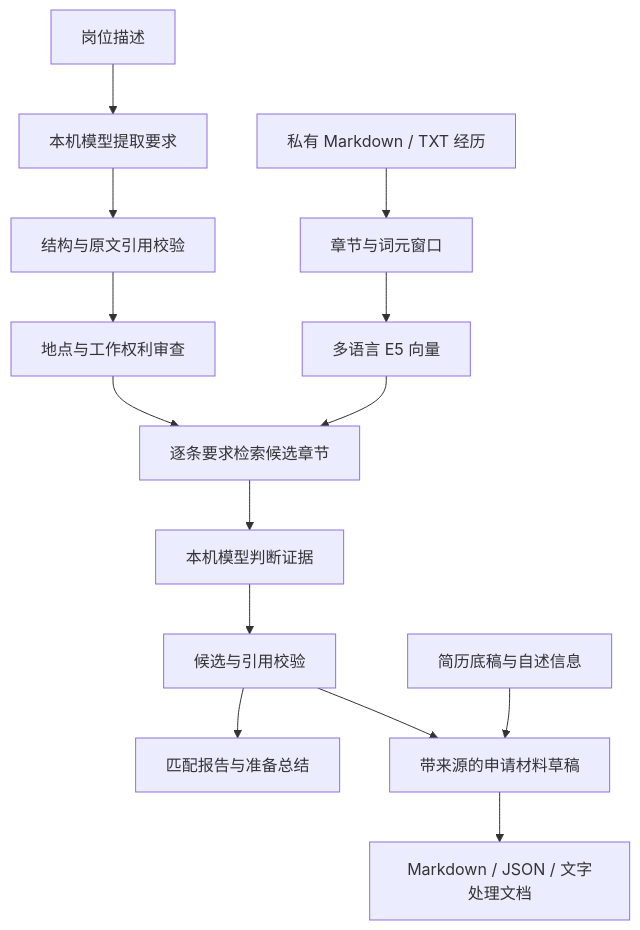
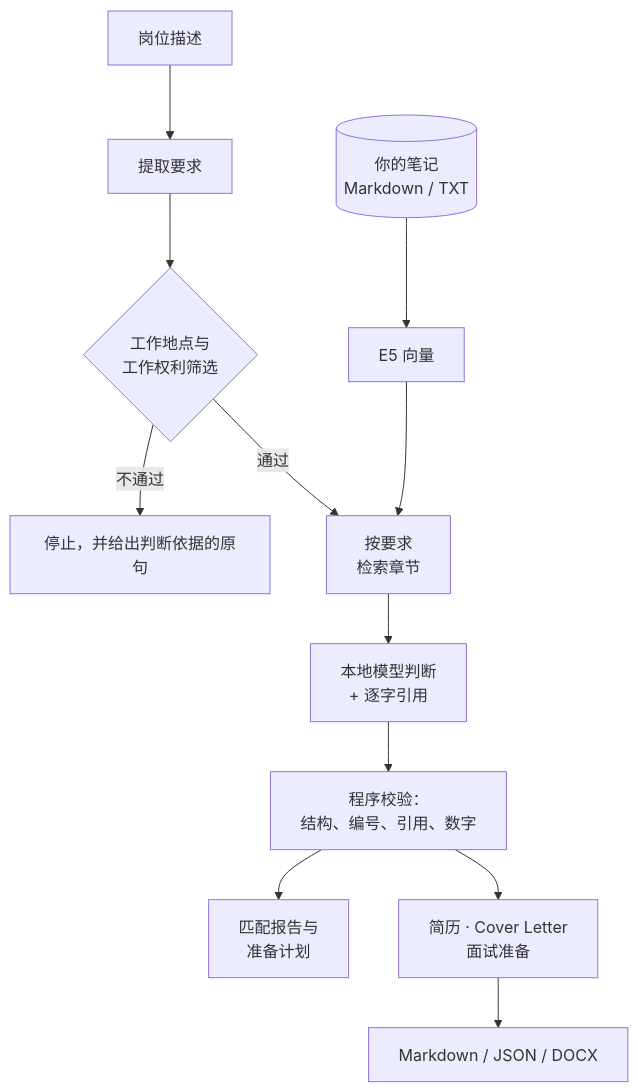
The diagram in README.zh-CN.md (Maxwell2048/job-application-assistant), drawn with Mermaid before and after one commit. The commit also changed other lines of this file and 3 other files, not shown here.

````diff
--- a/README.zh-CN.md
+++ b/README.zh-CN.md
@@ -95,16 +164,13 @@
 ```mermaid
-flowchart TD
-    A[私有 Markdown / TXT 经历] --> B[章节与词元窗口]
-    B --> C[多语言 E5 向量]
-    D[岗位描述] --> E[本机模型提取要求]
-    E --> F[结构与原文引用校验]
-    F --> FG[地点与工作权利审查]
-    FG --> G[逐条要求检索候选章节]
-    C --> G
-    G --> H[本机模型判断证据]
-    H --> I[候选与引用校验]
-    I --> J[匹配报告与准备总结]
-    I --> K[带来源的申请材料草稿]
-    L[简历底稿与自述信息] --> K
-    K --> M[Markdown / JSON / 文字处理文档]
+flowchart TB
+    JD[岗位描述] --> EX[提取要求]
+    EX --> GATE{工作地点与<br>工作权利筛选}
+    GATE -- 不通过 --> STOP[停止，并给出判断依据的原句]
+    GATE -- 通过 --> RET[按要求<br>检索章节]
+    NOTES[(你的笔记<br>Markdown / TXT)] --> EMB[E5 向量] --> RET
+    RET --> JUDGE[本地模型判断<br>+ 逐字引用]
+    JUDGE --> VAL[程序校验：<br>结构、编号、引用、数字]
+    VAL --> REP[匹配报告与<br>准备计划]
+    VAL --> DRAFT[简历 · Cover Letter<br>面试准备]
+    DRAFT --> DOCX[Markdown / JSON / DOCX]
 ```
````
